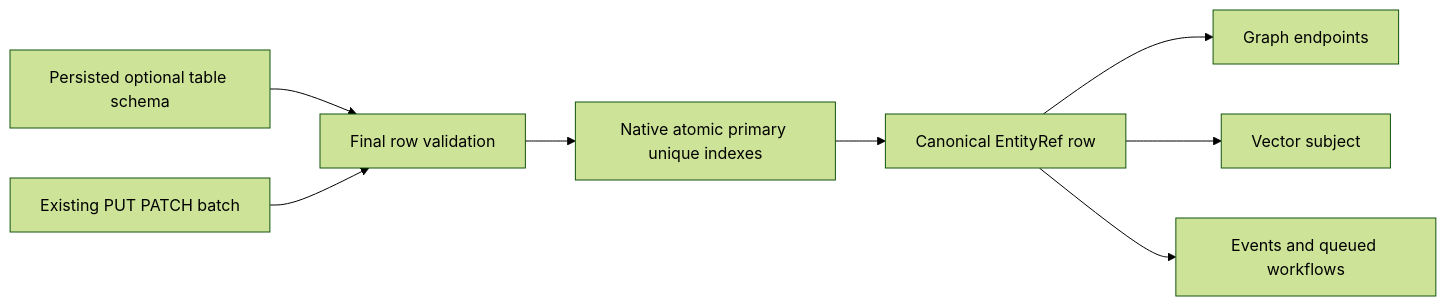
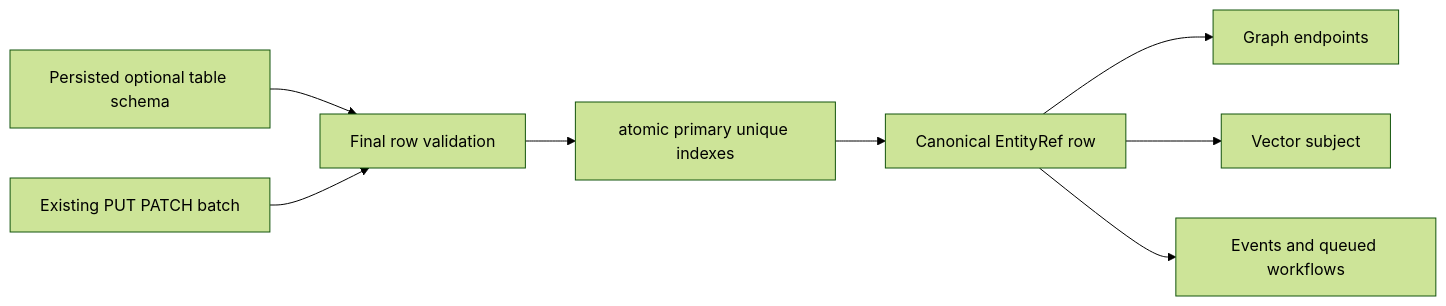
One commit to managedcode/KeyLoad changed the diagram in docs/ADR/ADR-055-typed-relational-rows.md. Above: the diagram before and after it, drawn with Mermaid (forest theme). The commit also changed other lines of this file and 9016 other files, not shown here.

````diff
--- a/docs/ADR/ADR-055-typed-relational-rows.md
+++ b/docs/ADR/ADR-055-typed-relational-rows.md
@@ -41,10 +41,10 @@
 ```mermaid
 flowchart LR
     Catalog[Persisted optional table schema] --> Validate[Final row validation]
     Command[Existing PUT PATCH batch] --> Validate
-    Validate --> Index[Native atomic primary unique indexes]
+    Validate --> Index[atomic primary unique indexes]
     Index --> Entity[Canonical EntityRef row]
     Entity --> Graph[Graph endpoints]
     Entity --> Vector[Vector subject]
     Entity --> Events[Events and queued workflows]
 ```
````
